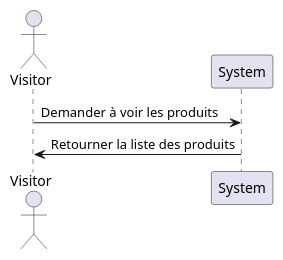
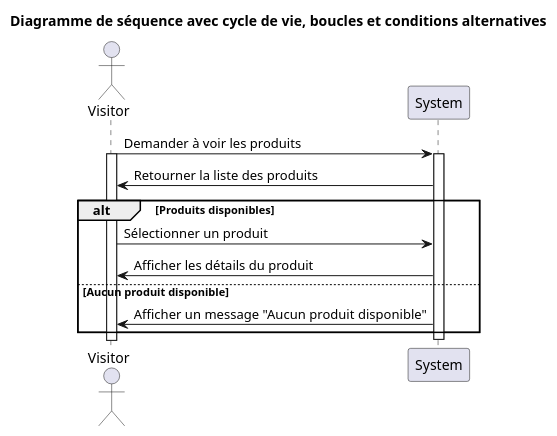
One commit to MehediT/BoutiqueLigneAudiovisuels changed the diagram in Sequence/ShowProductSequence.puml. Above: the diagram before and after it, drawn with PlantUML. The commit also changed 3 other files, not shown here.

```diff
--- a/Sequence/ShowProductSequence.puml
+++ b/Sequence/ShowProductSequence.puml
@@ -1,9 +1,21 @@
 @startuml
 
 actor Visitor
 participant "System" as System
 
 Visitor -> System : Demander à voir les produits
+activate Visitor
+activate System
+
 System -> Visitor : Retourner la liste des produits
+alt Produits disponibles
+    Visitor -> System : Sélectionner un produit
+    System -> Visitor : Afficher les détails du produit
+else Aucun produit disponible
+    System -> Visitor : Afficher un message "Aucun produit disponible"
+end
 
+deactivate System
+
+title Diagramme de séquence avec cycle de vie, boucles et conditions alternatives
 @enduml
```
